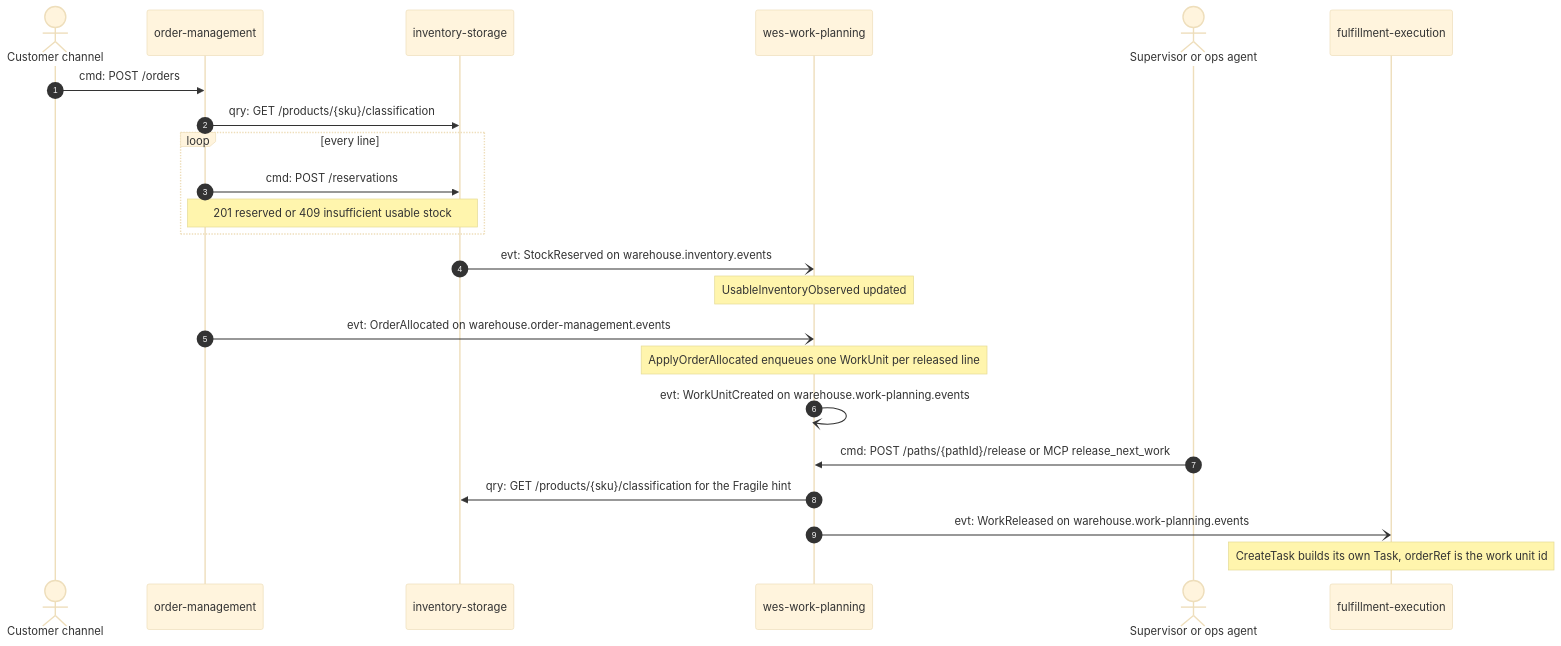
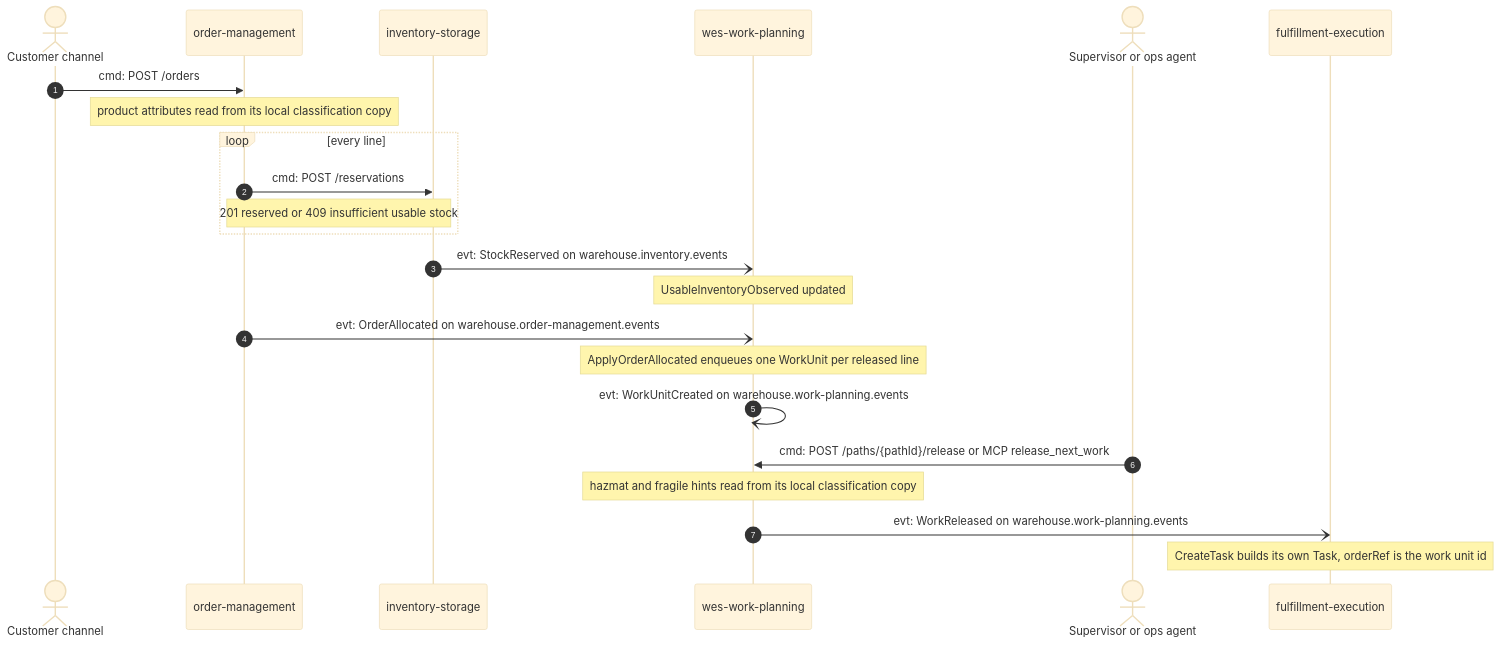
The second of 10 diagrams in docs/strategic-design/domain-message-flows.md (IQVO/warehouse-docs), drawn with Mermaid (base theme) before and after one commit. The commit also changed other lines of this file and 2 other files, not shown here.

First line of the commit message:
docs(strategic-design): message flows, big picture EventStorming and ubiquitous language read classification from local copies

````diff
--- a/docs/strategic-design/domain-message-flows.md
+++ b/docs/strategic-design/domain-message-flows.md
@@ -121,25 +125,25 @@
 ```mermaid
 sequenceDiagram
     autonumber
     actor Customer as Customer channel
     participant OM as order-management
     participant INV as inventory-storage
     participant WP as wes-work-planning
     actor Sup as Supervisor or ops agent
     participant FE as fulfillment-execution
     Customer->>OM: cmd: POST /orders
-    OM->>INV: qry: GET /products/{sku}/classification
+    Note over OM: product attributes read from its local classification copy
     loop every line
         OM->>INV: cmd: POST /reservations
         Note over OM,INV: 201 reserved or 409 insufficient usable stock
     end
     INV-)WP: evt: StockReserved on warehouse.inventory.events
     Note over WP: UsableInventoryObserved updated
     OM-)WP: evt: OrderAllocated on warehouse.order-management.events
     Note over WP: ApplyOrderAllocated enqueues one WorkUnit per released line
     WP-)WP: evt: WorkUnitCreated on warehouse.work-planning.events
     Sup->>WP: cmd: POST /paths/{pathId}/release or MCP release_next_work
-    WP->>INV: qry: GET /products/{sku}/classification for the Fragile hint
+    Note over WP: hazmat and fragile hints read from its local classification copy
     WP-)FE: evt: WorkReleased on warehouse.work-planning.events
     Note over FE: CreateTask builds its own Task, orderRef is the work unit id
 ```
````
